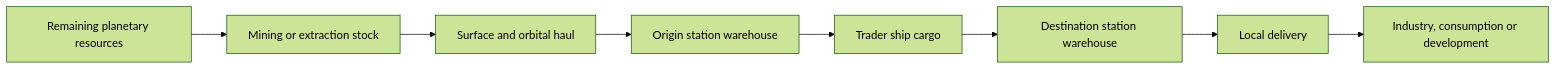
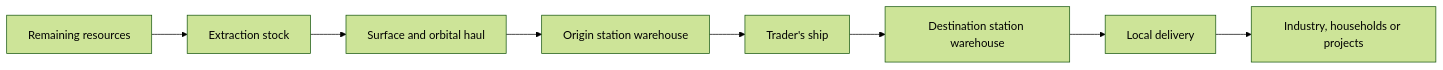
The second of 2 diagrams in docs/economy-and-development-plan.md (ivanhawkes/manifest), drawn with Mermaid (forest theme) before and after one commit. The commit also changed other lines of this file and 60 other files, not shown here.

````diff
--- a/docs/economy-and-development-plan.md
+++ b/docs/economy-and-development-plan.md
@@ -168,10 +67,10 @@
 ```mermaid
 flowchart LR
-    R[Remaining planetary resources] --> M[Mining or extraction stock]
-    M --> H[Surface and orbital haul]
-    H --> A[Origin station warehouse]
-    A --> S[Trader ship cargo]
-    S --> B[Destination station warehouse]
-    B --> L[Local delivery]
-    L --> I[Industry, consumption or development]
+    R["Remaining resources"] --> M["Extraction stock"]
+    M --> H["Surface and orbital haul"]
+    H --> A["Origin station warehouse"]
+    A --> S["Trader's ship"]
+    S --> B["Destination station warehouse"]
+    B --> L["Local delivery"]
+    L --> I["Industry, households or projects"]
 ```
````
